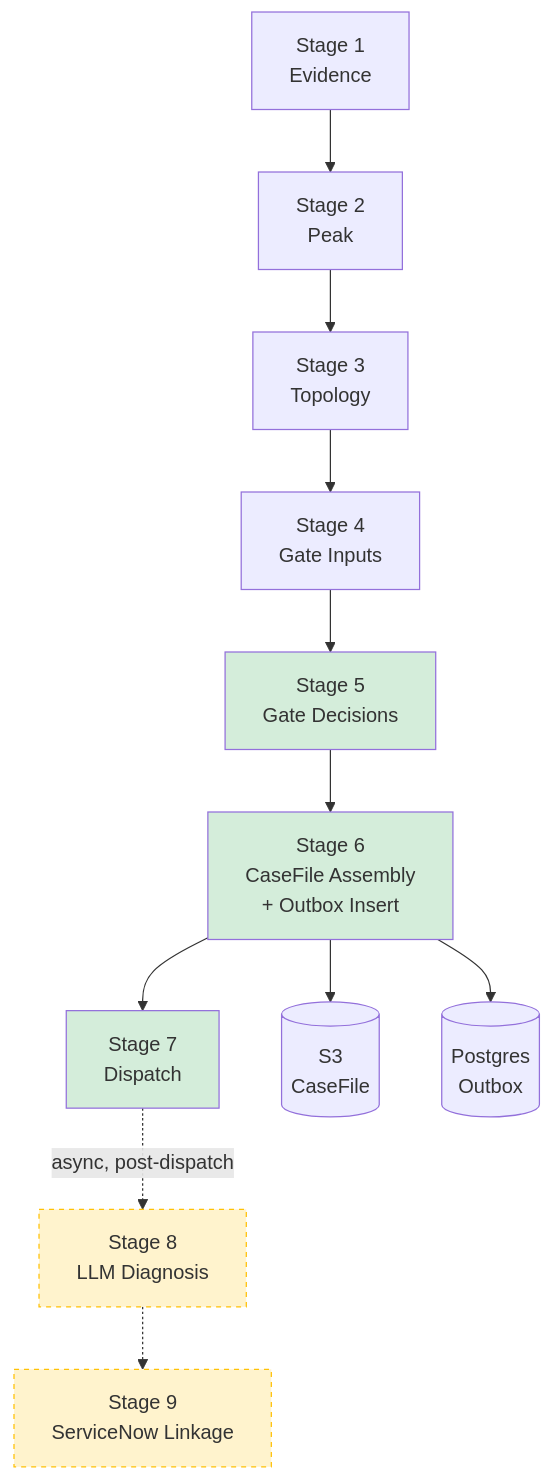
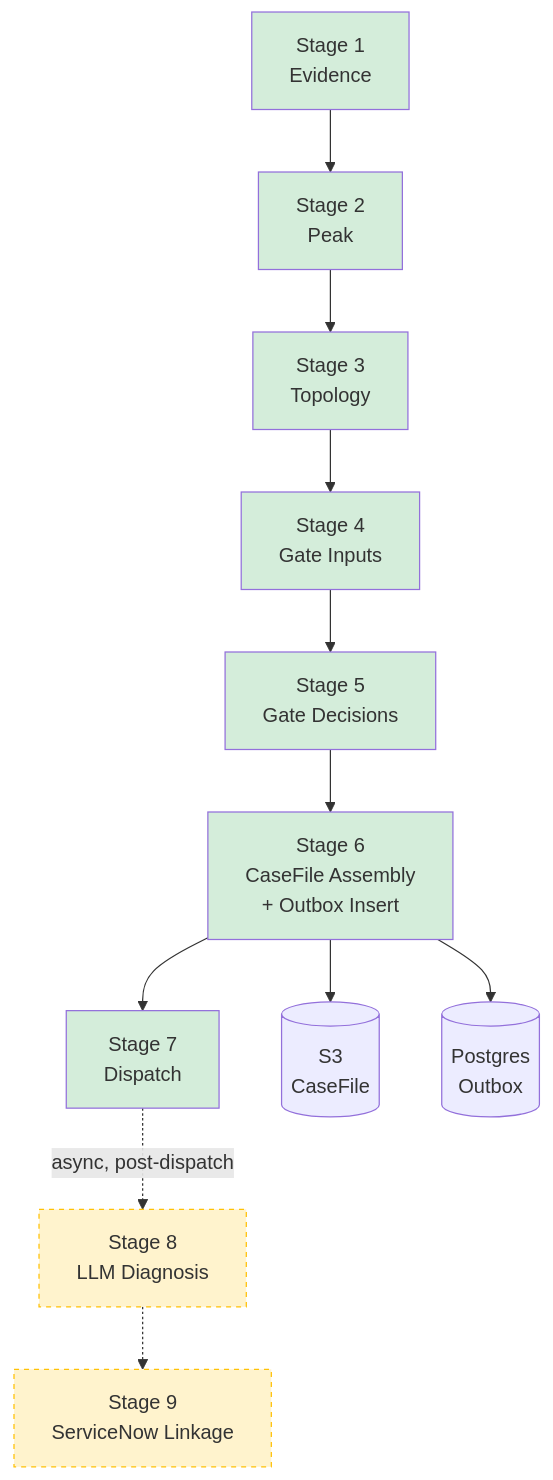
Before and after one commit to ssasvathan/aiops: the second of 2 diagrams in docs/developer-onboarding.md, drawn with Mermaid. The commit also changed other lines of this file, not shown here.

Commit message:
docs(onboarding): fix section 3 - mermaid styles, ag6 detail, stage numbering

````diff
--- a/docs/developer-onboarding.md
+++ b/docs/developer-onboarding.md
@@ -85,21 +85,25 @@
 ```mermaid
 flowchart TD
     EV[Stage 1\nEvidence] --> PK[Stage 2\nPeak]
     PK --> TP[Stage 3\nTopology]
     TP --> GI[Stage 4\nGate Inputs]
     GI --> GD[Stage 5\nGate Decisions]
     GD --> CF[Stage 6\nCaseFile Assembly\n+ Outbox Insert]
     CF --> DS[Stage 7\nDispatch]
 
     DS -.->|async, post-dispatch| DX[Stage 8\nLLM Diagnosis]
     DX -.-> LK[Stage 9\nServiceNow Linkage]
 
     CF --> S3[(S3\nCaseFile)]
     CF --> PG[(Postgres\nOutbox)]
 
+    style EV fill:#d4edda
+    style PK fill:#d4edda
+    style TP fill:#d4edda
+    style GI fill:#d4edda
+    style GD fill:#d4edda
+    style CF fill:#d4edda
     style DS fill:#d4edda
-    style CF fill:#d4edda
-    style GD fill:#d4edda
     style DX fill:#fff3cd,stroke:#ffc107,stroke-dasharray:4
     style LK fill:#fff3cd,stroke:#ffc107,stroke-dasharray:4
 ```
````
